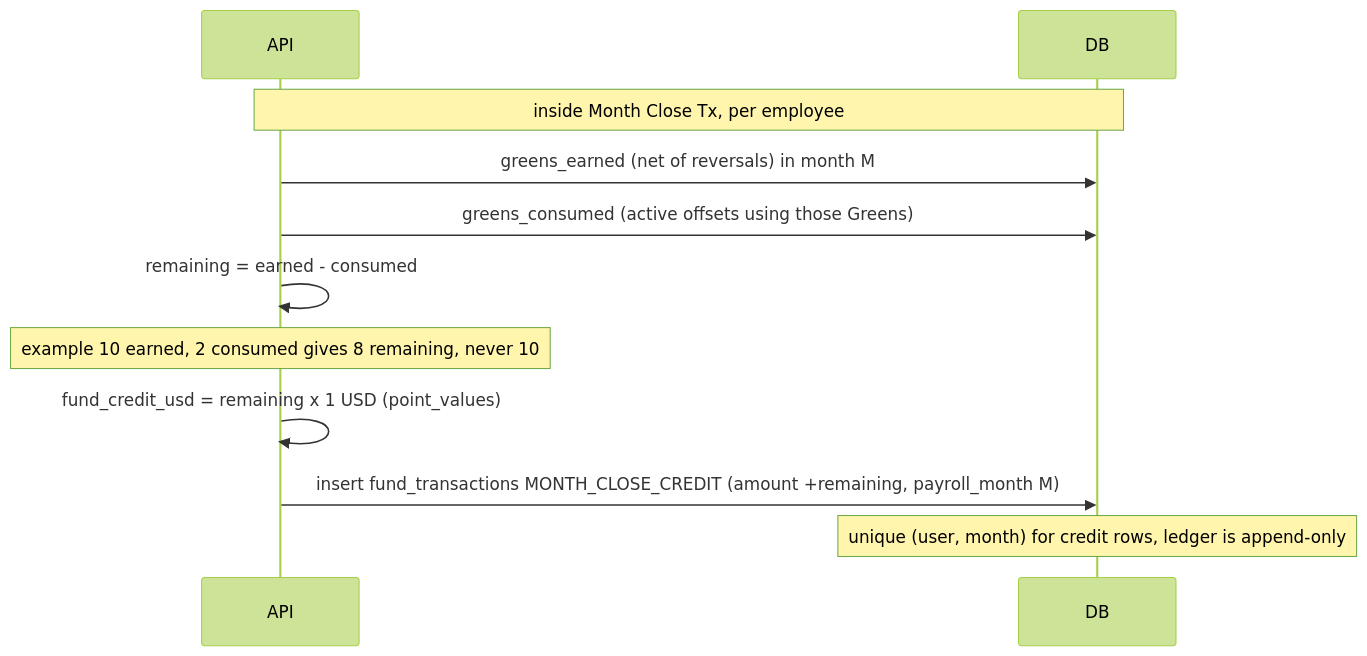
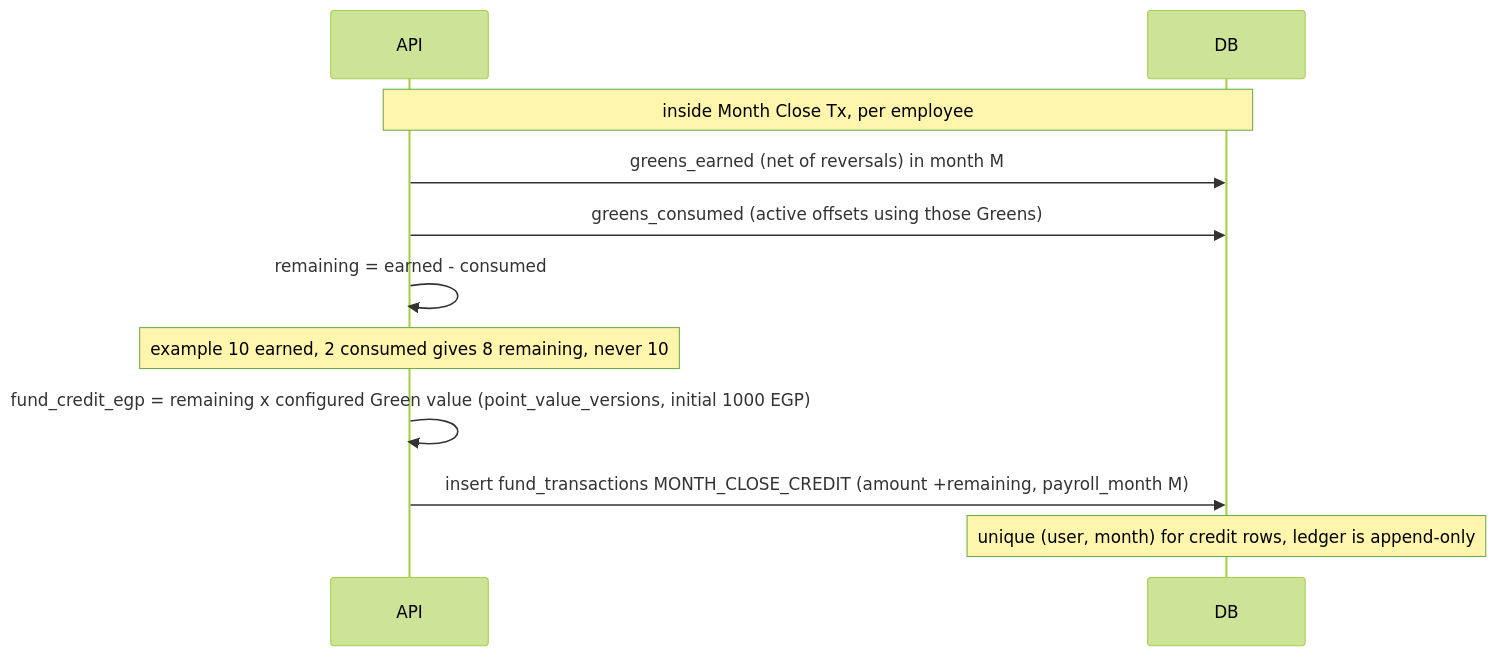
Before and after one commit to Mohand-Hatem/CheckPoint: diagram 15 of 20 in docs/07-SEQUENCE_DIAGRAMS.md, drawn with Mermaid (forest theme). The commit also changed other lines of this file and 24 other files, not shown here.

Commit message:
feat(api): Reconcile docs and schema with planning spec v0.3.0

````diff
--- a/docs/07-SEQUENCE_DIAGRAMS.md
+++ b/docs/07-SEQUENCE_DIAGRAMS.md
@@ -359,13 +359,13 @@
 ```mermaid
 sequenceDiagram
   participant API
   participant DB
   Note over API,DB: inside Month Close Tx, per employee
   API->>DB: greens_earned (net of reversals) in month M
   API->>DB: greens_consumed (active offsets using those Greens)
   API->>API: remaining = earned - consumed
   Note over API: example 10 earned, 2 consumed gives 8 remaining, never 10
-  API->>API: fund_credit_usd = remaining x 1 USD (point_values)
+  API->>API: fund_credit_egp = remaining x configured Green value (point_value_versions, initial 1000 EGP)
   API->>DB: insert fund_transactions MONTH_CLOSE_CREDIT (amount +remaining, payroll_month M)
   Note over DB: unique (user, month) for credit rows, ledger is append-only
 ```
````
